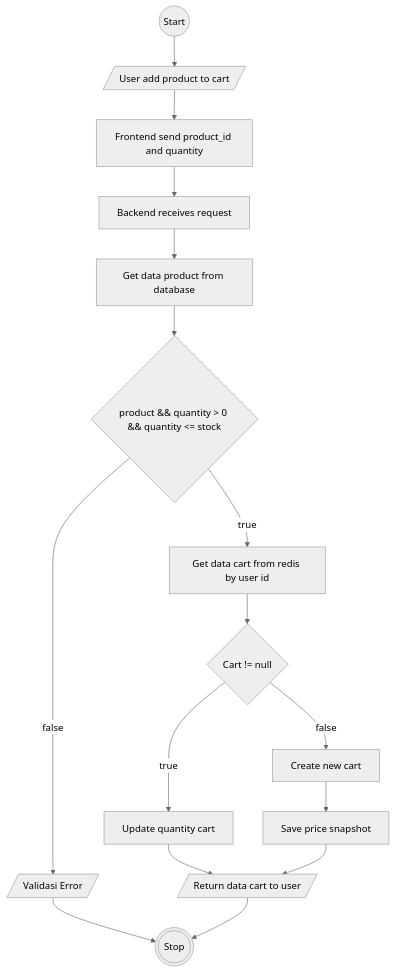
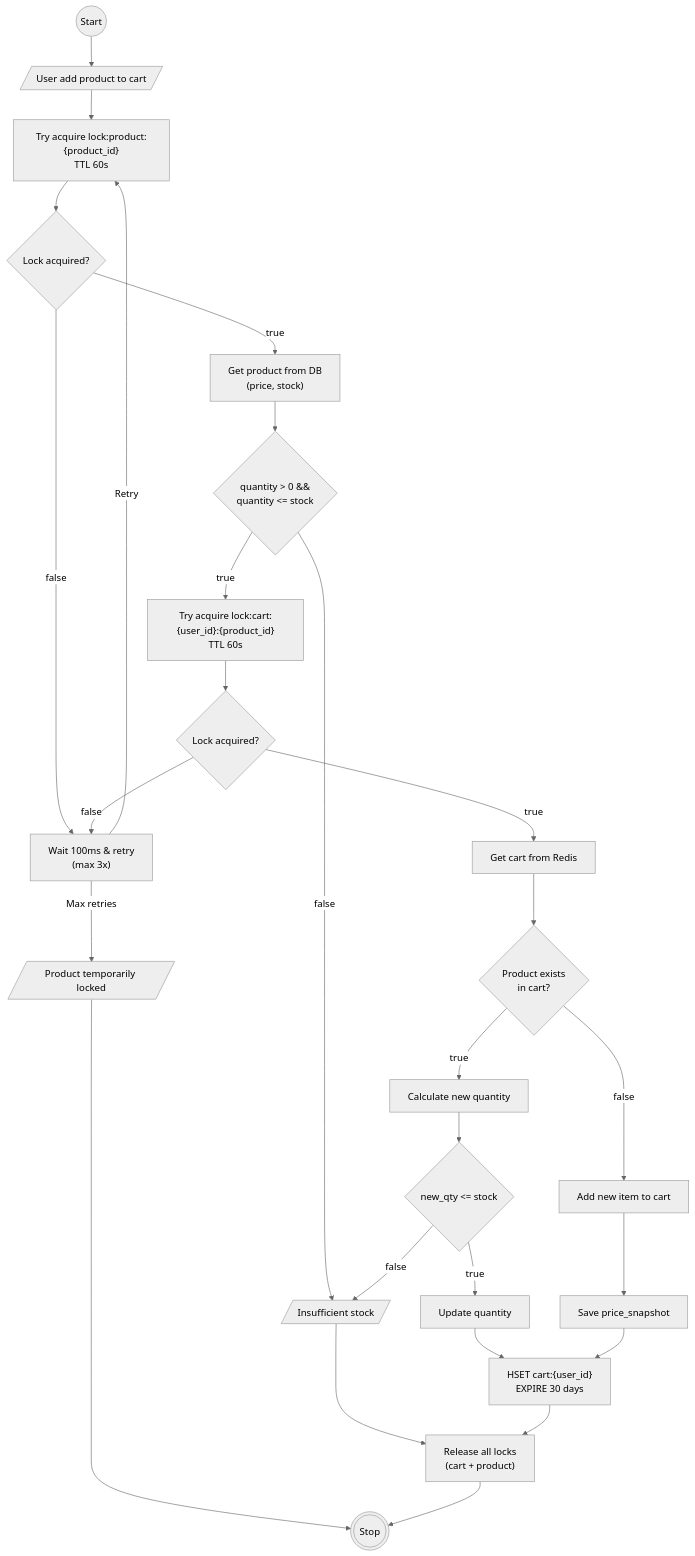
One commit to ItsnaMaulanaHasan/system-design-carts-system changed the third of 8 diagrams in README.md. Above: the diagram before and after it, drawn with Mermaid (neutral theme). The commit also changed other lines of this file, not shown here.

Commit message:
feat: update flowchart add item

````diff
--- a/README.md
+++ b/README.md
@@ -142,36 +142,55 @@
 ```mermaid
 flowchart TD
     Start@{ shape: circle, label: "Start" }
     Stop@{ shape: dbl-circ, label: "Stop" }
 
-    Add@{ shape: lean-r, label: "User add product to cart" }
-    Send@{ shape: rect, label: "Frontend send product_id and quantity" }
+    UserAdd@{ shape: lean-r, label: "User add product to cart" }
 
-    Receive@{ shape: rect, label: "Backend receives request" }
-    Get@{ shape: rect, label: "Get data product from database" }
+    TryLockProduct@{ shape: rect, label: "Try acquire lock:product:{product_id}<br/>TTL 60s" }
+    LockProductOK@{ shape: diamond, label: "Lock acquired?" }
+    RetryWait@{ shape: rect, label: "Wait 100ms & retry<br/>(max 3x)" }
+    ErrorLocked@{ shape: lean-r, label: "Product temporarily locked" }
 
-    Check@{ shape: diamond, label: "product && quantity > 0 && quantity <= stock" }
+    GetProduct@{ shape: rect, label: "Get product from DB<br/>(price, stock)" }
+    ValidateStock@{ shape: diamond, label: "quantity > 0 &&<br/>quantity <= stock" }
+    ErrorStock@{ shape: lean-r, label: "Insufficient stock" }
 
-    Error@{ shape: lean-r, label: "Validasi Error" }
-    GetDataFromRedis@{ shape: rect, label: "Get data cart from redis by user id" }
+    TryLockCart@{ shape: rect, label: "Try acquire lock:cart:{user_id}:{product_id}<br/>TTL 60s" }
+    LockCartOK@{ shape: diamond, label: "Lock acquired?" }
 
-    CheckCart@{ shape: diamond, label: "Cart != null" }
+    GetCart@{ shape: rect, label: "Get cart from Redis" }
+    CheckExisting@{ shape: diamond, label: "Product exists<br/>in cart?" }
 
-    CreateNewCart@{ shape: rect, label: "Create new cart" }
-    UpdateQtyCart@{ shape: rect, label: "Update quantity cart" }
+    CalcNewQty@{ shape: rect, label: "Calculate new quantity" }
+    ValidateNewQty@{ shape: diamond, label: "new_qty <= stock" }
 
-    SavePriceSnapshot@{ shape: rect, label: "Save price snapshot" }
+    AddNewItem@{ shape: rect, label: "Add new item to cart" }
+    UpdateQty@{ shape: rect, label: "Update quantity" }
 
-    ReturnCart@{ shape: lean-r, label: "Return data cart to user" }
+    SaveSnapshot@{ shape: rect, label: "Save price_snapshot" }
+    SaveRedis@{ shape: rect, label: "HSET cart:{user_id}<br/>EXPIRE 30 days" }
 
-    Start --> Add --> Send--> Receive --> Get --> Check
+    ReleaseLocks@{ shape: rect, label: "Release all locks<br/>(cart + product)" }
 
-    Check-- false --> Error --> Stop
-    Check-- true --> GetDataFromRedis --> CheckCart
+    Start --> UserAdd --> TryLockProduct --> LockProductOK
 
-    CheckCart -- false --> CreateNewCart --> SavePriceSnapshot
-    CheckCart -- true --> UpdateQtyCart --> ReturnCart
+    LockProductOK -- false --> RetryWait
+    RetryWait -- Max retries --> ErrorLocked --> Stop
+    RetryWait -- Retry --> TryLockProduct
 
-    SavePriceSnapshot --> ReturnCart --> Stop
+    LockProductOK -- true --> GetProduct --> ValidateStock
 
+    ValidateStock -- false --> ErrorStock
+    ValidateStock -- true --> TryLockCart --> LockCartOK
+
+    LockCartOK -- false --> RetryWait
+    LockCartOK -- true --> GetCart --> CheckExisting
+
+    CheckExisting -- true --> CalcNewQty --> ValidateNewQty
+    CheckExisting -- false --> AddNewItem --> SaveSnapshot
+
+    ValidateNewQty -- false --> ErrorStock --> ReleaseLocks
+    ValidateNewQty -- true --> UpdateQty --> SaveRedis
+
+    SaveSnapshot --> SaveRedis --> ReleaseLocks --> Stop
 ```
````
